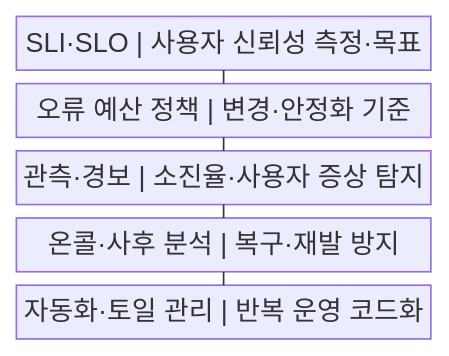
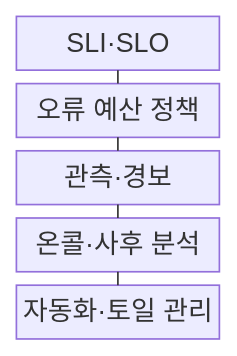
The first of 2 diagrams in src/content/docs/notes/03-software/164_site_reliability_engineering.md (agnusdei1207/knowledge-base), drawn with Mermaid before and after one commit. The commit also changed other lines of this file and 238 other files, not shown here.

````diff
--- a/src/content/docs/notes/03-software/164_site_reliability_engineering.md
+++ b/src/content/docs/notes/03-software/164_site_reliability_engineering.md
@@ -54,13 +54,13 @@
 ```mermaid
-block
+block-beta
     columns 1
-    A["SLI·SLO | 사용자 신뢰성 측정·목표"]
-    B["오류 예산 정책 | 변경·안정화 기준"]
-    C["관측·경보 | 소진율·사용자 증상 탐지"]
-    D["온콜·사후 분석 | 복구·재발 방지"]
-    E["자동화·토일 관리 | 반복 운영 코드화"]
+    A["SLI·SLO"]
+    B["오류 예산 정책"]
+    C["관측·경보"]
+    D["온콜·사후 분석"]
+    E["자동화·토일 관리"]
     A --- B
     B --- C
     C --- D
     D --- E
 ```
````
